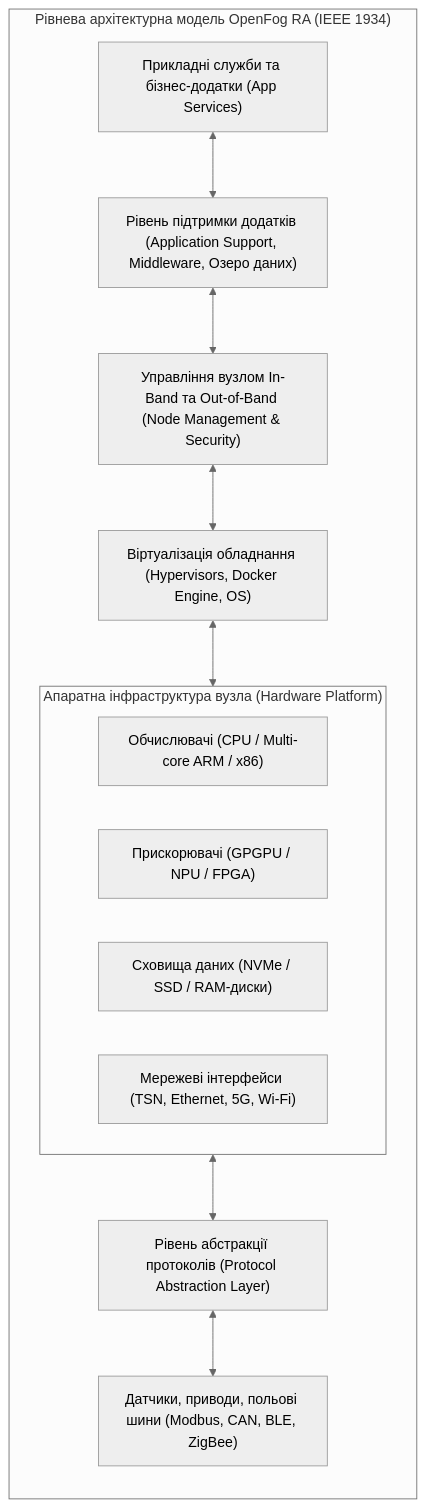
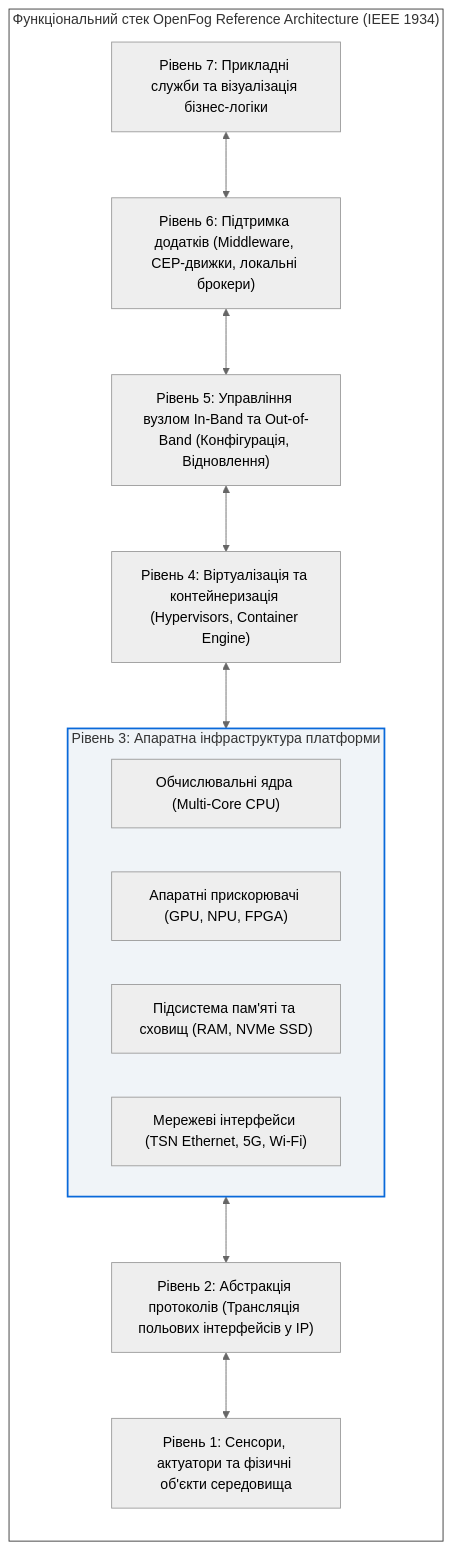
Before and after one commit to KyryloVadurin/iot-technologies: the second of 4 diagrams in docs/lk/lk5.md, drawn with Mermaid (neutral theme). The commit also changed other lines of this file, not shown here.

````diff
--- a/docs/lk/lk5.md
+++ b/docs/lk/lk5.md
@@ -104,27 +138,30 @@
 ```mermaid
 flowchart TD
-    subgraph OpenFogArchitecture["Рівнева архітектурна модель OpenFog RA (IEEE 1934)"]
+    subgraph OpenFogModel["Функціональний стек OpenFog Reference Architecture (IEEE 1934)"]
         direction TB
-        AppServices["Прикладні служби та бізнес-додатки (App Services)"]
-        AppSupport["Рівень підтримки додатків (Application Support, Middleware, Озеро даних)"]
-        NodeMgmt["Управління вузлом In-Band та Out-of-Band (Node Management & Security)"]
-        VirtLayer["Віртуалізація обладнання (Hypervisors, Docker Engine, OS)"]
+        L7["Рівень 7: Прикладні служби та візуалізація бізнес-логіки"]
+        L6["Рівень 6: Підтримка додатків (Middleware, CEP-движки, локальні брокери)"]
+        L5["Рівень 5: Управління вузлом In-Band та Out-of-Band (Конфігурація, Відновлення)"]
+        L4["Рівень 4: Віртуалізація та контейнеризація (Hypervisors, Container Engine)"]
         
-        subgraph HardwarePlatform["Апаратна інфраструктура вузла (Hardware Platform)"]
-            ComputeHW["Обчислювачі (CPU / Multi-core ARM / x86)"]
-            AccelHW["Прискорювачі (GPGPU / NPU / FPGA)"]
-            StorageHW["Сховища даних (NVMe / SSD / RAM-диски)"]
-            NetworkHW["Мережеві інтерфейси (TSN, Ethernet, 5G, Wi-Fi)"]
+        subgraph L3["Рівень 3: Апаратна інфраструктура платформи"]
+            CPU["Обчислювальні ядра (Multi-Core CPU)"]
+            ACC["Апаратні прискорювачі (GPU, NPU, FPGA)"]
+            MEM["Підсистема пам'яті та сховищ (RAM, NVMe SSD)"]
+            NET["Мережеві інтерфейси (TSN Ethernet, 5G, Wi-Fi)"]
         end
 
-        ProtocolAbs["Рівень абстракції протоколів (Protocol Abstraction Layer)"]
-        SensorsActuators["Датчики, приводи, польові шини (Modbus, CAN, BLE, ZigBee)"]
+        L2["Рівень 2: Абстракція протоколів (Трансляція польових інтерфейсів у IP)"]
+        L1["Рівень 1: Сенсори, актуатори та фізичні об'єкти середовища"]
     end
 
-    AppServices <--> AppSupport
-    AppSupport <--> NodeMgmt
-    NodeMgmt <--> VirtLayer
-    VirtLayer <--> HardwarePlatform
-    HardwarePlatform <--> ProtocolAbs
-    ProtocolAbs <--> SensorsActuators
+    L7 <--> L6
+    L6 <--> L5
+    L5 <--> L4
+    L4 <--> L3
+    L3 <--> L2
+    L2 <--> L1
+
+    style L3 fill:#f0f4f8,stroke:#0969da,stroke-width:2px
+    style OpenFogModel fill:#ffffff,stroke:#333,stroke-width:1px
 ```
````
